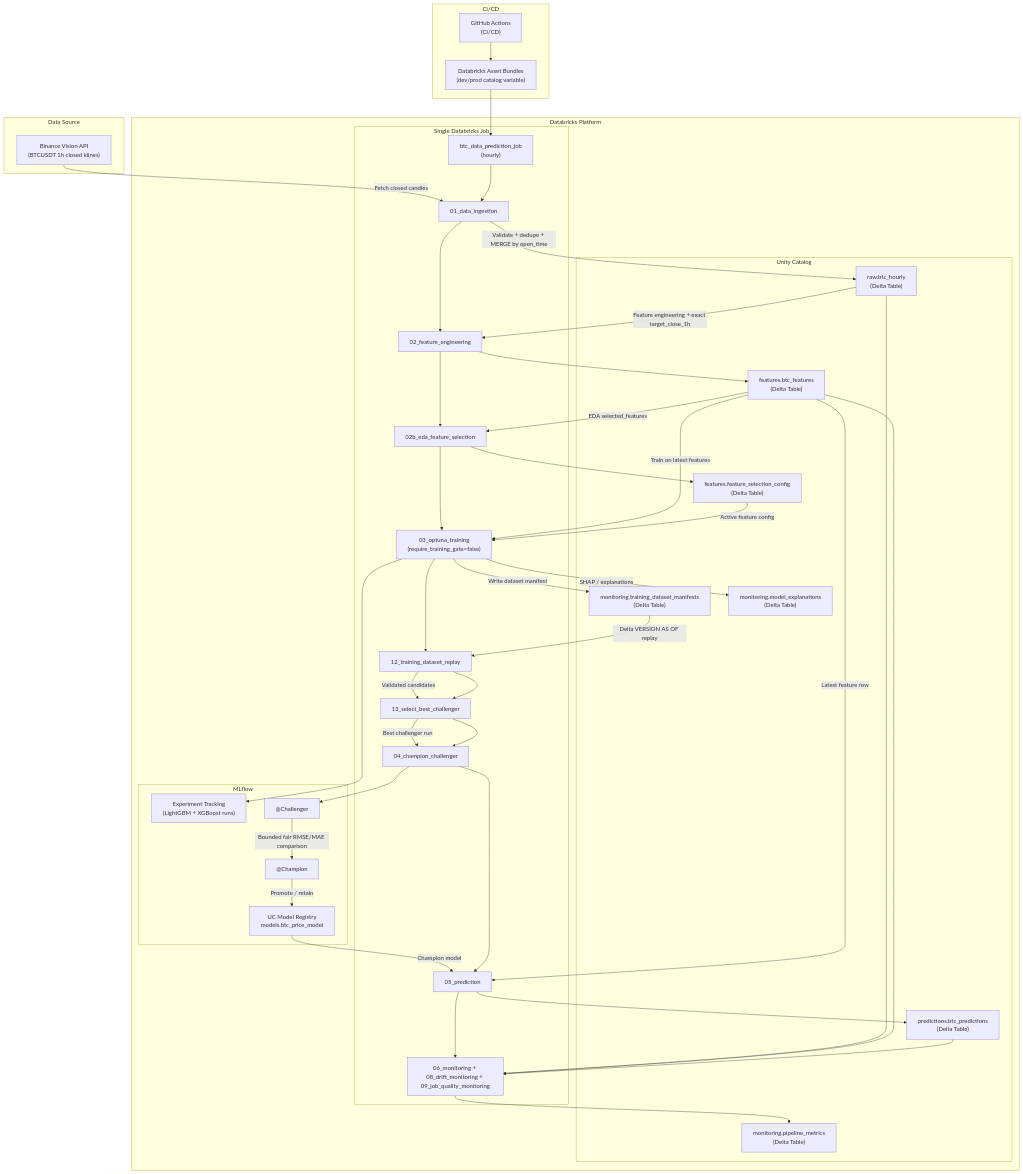
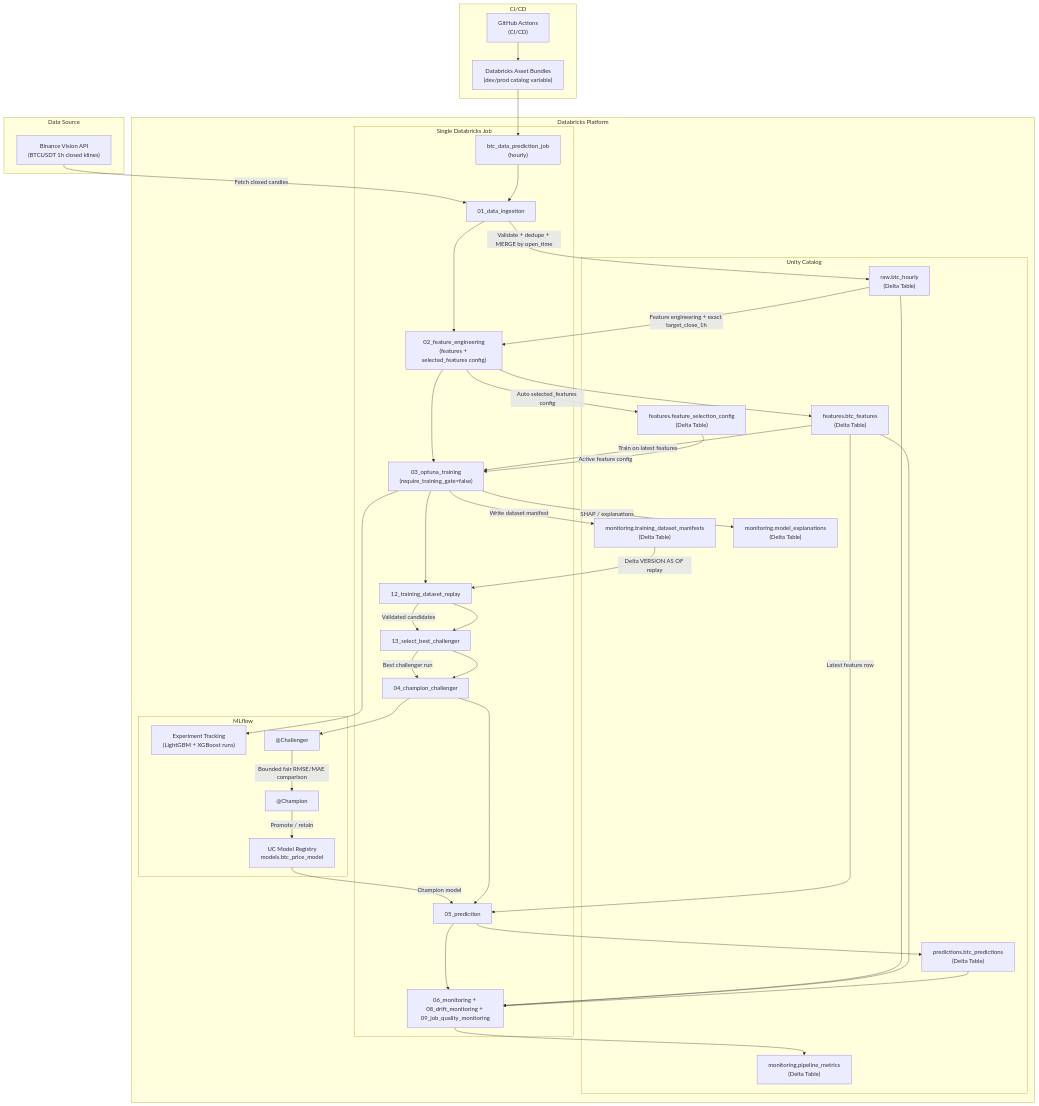
Before and after one commit to dunglk85/btc_mle_dbr: the diagram in docs/architecture.md, drawn with Mermaid. The commit also changed other lines of this file and 6 other files, not shown here.

Commit message:
feat: add training and feature engineering notebooks with Databricks job configuration and documentation

````diff
--- a/docs/architecture.md
+++ b/docs/architecture.md
@@ -7,79 +7,76 @@
 ```mermaid
 graph TB
     subgraph "Data Source"
         A["Binance Vision API<br/>(BTCUSDT 1h closed klines)"]
     end
 
     subgraph "Databricks Platform"
         subgraph "Unity Catalog"
             B["raw.btc_hourly<br/>(Delta Table)"]
             C["features.btc_features<br/>(Delta Table)"]
             U["features.feature_selection_config<br/>(Delta Table)"]
             P["predictions.btc_predictions<br/>(Delta Table)"]
             Q["monitoring.pipeline_metrics<br/>(Delta Table)"]
             T["monitoring.training_dataset_manifests<br/>(Delta Table)"]
             X["monitoring.model_explanations<br/>(Delta Table)"]
         end
 
         subgraph "MLflow"
             D["Experiment Tracking<br/>(LightGBM + XGBoost runs)"]
             E["UC Model Registry<br/>models.btc_price_model"]
             F["@Champion"]
             G["@Challenger"]
         end
 
         subgraph "Single Databricks Job"
             K["btc_data_prediction_job<br/>(hourly)"]
             K1["01_data_ingestion"]
-            K2["02_feature_engineering"]
-            K3["02b_eda_feature_selection"]
+            K2["02_feature_engineering<br/>(features + selected_features config)"]
             K4["03_optuna_training<br/>(require_training_gate=false)"]
             K5["12_training_dataset_replay"]
             K6["13_select_best_challenger"]
             K7["04_champion_challenger"]
             K8["05_prediction"]
             K9["06_monitoring + 08_drift_monitoring + 09_job_quality_monitoring"]
         end
     end
 
     subgraph "CI/CD"
         M["GitHub Actions<br/>(CI/CD)"]
         N["Databricks Asset Bundles<br/>(dev/prod catalog variable)"]
     end
 
     A -->|"Fetch closed candles"| K1
     K1 -->|"Validate + dedupe + MERGE by open_time"| B
     B -->|"Feature engineering + exact target_close_1h"| K2
     K2 --> C
-    C -->|"EDA selected_features"| K3
-    K3 --> U
+    K2 -->|"Auto selected_features config"| U
     C -->|"Train on latest features"| K4
     U -->|"Active feature config"| K4
     K4 --> D
     K4 -->|"Write dataset manifest"| T
     K4 -->|"SHAP / explanations"| X
     T -->|"Delta VERSION AS OF replay"| K5
     K5 -->|"Validated candidates"| K6
     K6 -->|"Best challenger run"| K7
     K7 --> G
     G -->|"Bounded fair RMSE/MAE comparison"| F
     F -->|"Promote / retain"| E
     E -->|"Champion model"| K8
     C -->|"Latest feature row"| K8
     K8 --> P
     B --> K9
     C --> K9
     P --> K9
     K9 --> Q
     M --> N
     N --> K
     K --> K1
     K1 --> K2
-    K2 --> K3
-    K3 --> K4
+    K2 --> K4
     K4 --> K5
     K5 --> K6
     K6 --> K7
     K7 --> K8
     K8 --> K9
 ```
````
